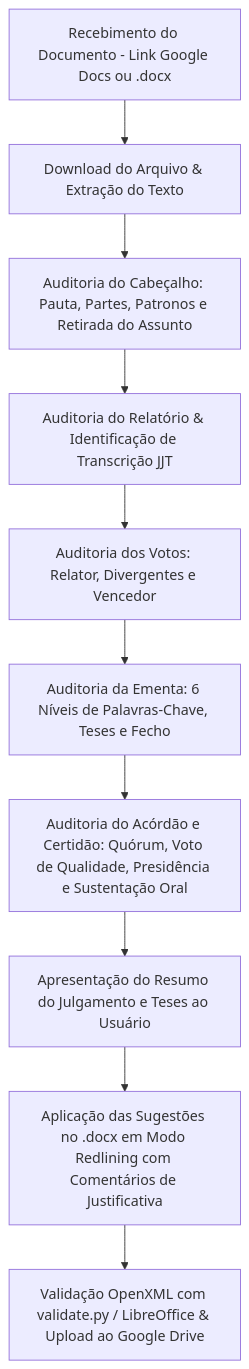
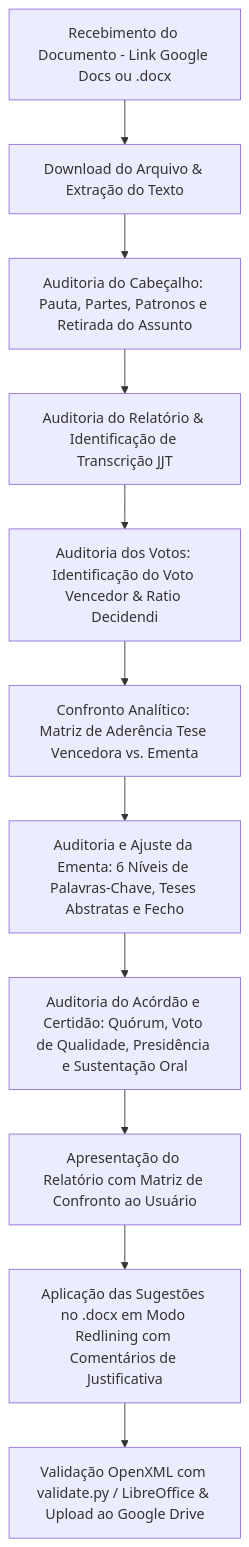
One commit to marceloid/conselheiro-crt-bh changed the diagram in skills/revisor-acordaos-crt-bh/SKILL.md. Above: the diagram before and after it, drawn with Mermaid. The commit also changed other lines of this file and 1 other file, not shown here.

Commit message:
feat(revisor): add ratio decidendi extraction and analytical confrontation matrix with ementa

````diff
--- a/skills/revisor-acordaos-crt-bh/SKILL.md
+++ b/skills/revisor-acordaos-crt-bh/SKILL.md
@@ -51,12 +55,13 @@
 ```mermaid
 graph TD
     A[Recebimento do Documento - Link Google Docs ou .docx] --> B[Download do Arquivo & Extração do Texto]
     B --> C[Auditoria do Cabeçalho: Pauta, Partes, Patronos e Retirada do Assunto]
     C --> D[Auditoria do Relatório & Identificação de Transcrição JJT]
-    D --> E[Auditoria dos Votos: Relator, Divergentes e Vencedor]
-    E --> F[Auditoria da Ementa: 6 Níveis de Palavras-Chave, Teses e Fecho]
-    F --> G[Auditoria do Acórdão e Certidão: Quórum, Voto de Qualidade, Presidência e Sustentação Oral]
-    G --> H[Apresentação do Resumo do Julgamento e Teses ao Usuário]
-    H --> I[Aplicação das Sugestões no .docx em Modo Redlining com Comentários de Justificativa]
-    I --> J[Validação OpenXML com validate.py / LibreOffice & Upload ao Google Drive]
+    D --> E[Auditoria dos Votos: Identificação do Voto Vencedor & Ratio Decidendi]
+    E --> F[Confronto Analítico: Matriz de Aderência Tese Vencedora vs. Ementa]
+    F --> G[Auditoria e Ajuste da Ementa: 6 Níveis de Palavras-Chave, Teses Abstratas e Fecho]
+    G --> H[Auditoria do Acórdão e Certidão: Quórum, Voto de Qualidade, Presidência e Sustentação Oral]
+    H --> I[Apresentação do Relatório com Matriz de Confronto ao Usuário]
+    I --> J[Aplicação das Sugestões no .docx em Modo Redlining com Comentários de Justificativa]
+    J --> K[Validação OpenXML com validate.py / LibreOffice & Upload ao Google Drive]
 ```
````
